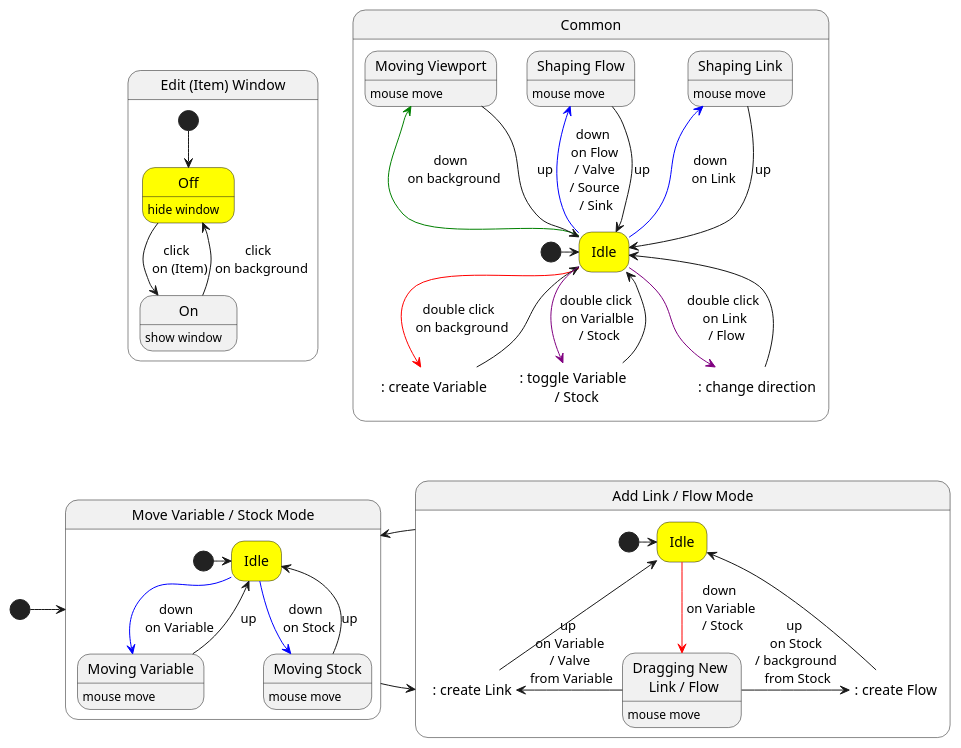
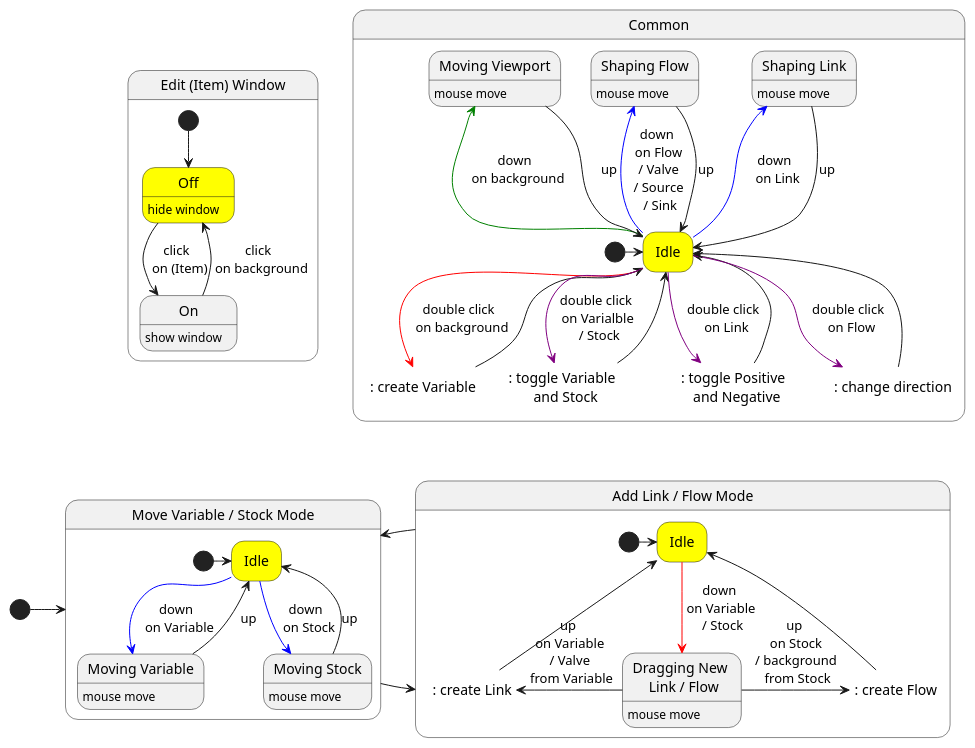
The diagram in docusaurus/docs/interaction.md (cidhuang/system-dynamics-tool), drawn with PlantUML before and after one commit.

Commit message:
docs: change interaction.md of double click on Link

```diff
--- a/docusaurus/docs/interaction.md
+++ b/docusaurus/docs/interaction.md
@@ -34,7 +34,8 @@
   state "Shaping Link" as shapeLink : mouse move
   state "Shaping Flow" as shapeFlow : mouse move
   state ": create Variable" as addVariable #white ##white
-  state ": toggle Variable \n / Stock" as toggleVariableStock #white ##white
+  state ": toggle Variable \n and Stock" as toggleVariableStock #white ##white
+  state ": toggle Positive \n and Negative" as togglePositiveNegative #white ##white
   state ": change direction" as changeDirection #white ##white
 
   [*] -> idle
@@ -53,7 +54,10 @@
   idle -[#purple]-> toggleVariableStock : double click \n on Varialble \n / Stock
   toggleVariableStock -up-> idle
 
-  idle -[#purple]-> changeDirection : double click \n on Link \n / Flow
+  idle -[#purple]-> togglePositiveNegative : double click \n on Link
+  togglePositiveNegative -up-> idle
+
+  idle -[#purple]-> changeDirection : double click \n on Flow
   changeDirection -up-> idle
 
 }
```
